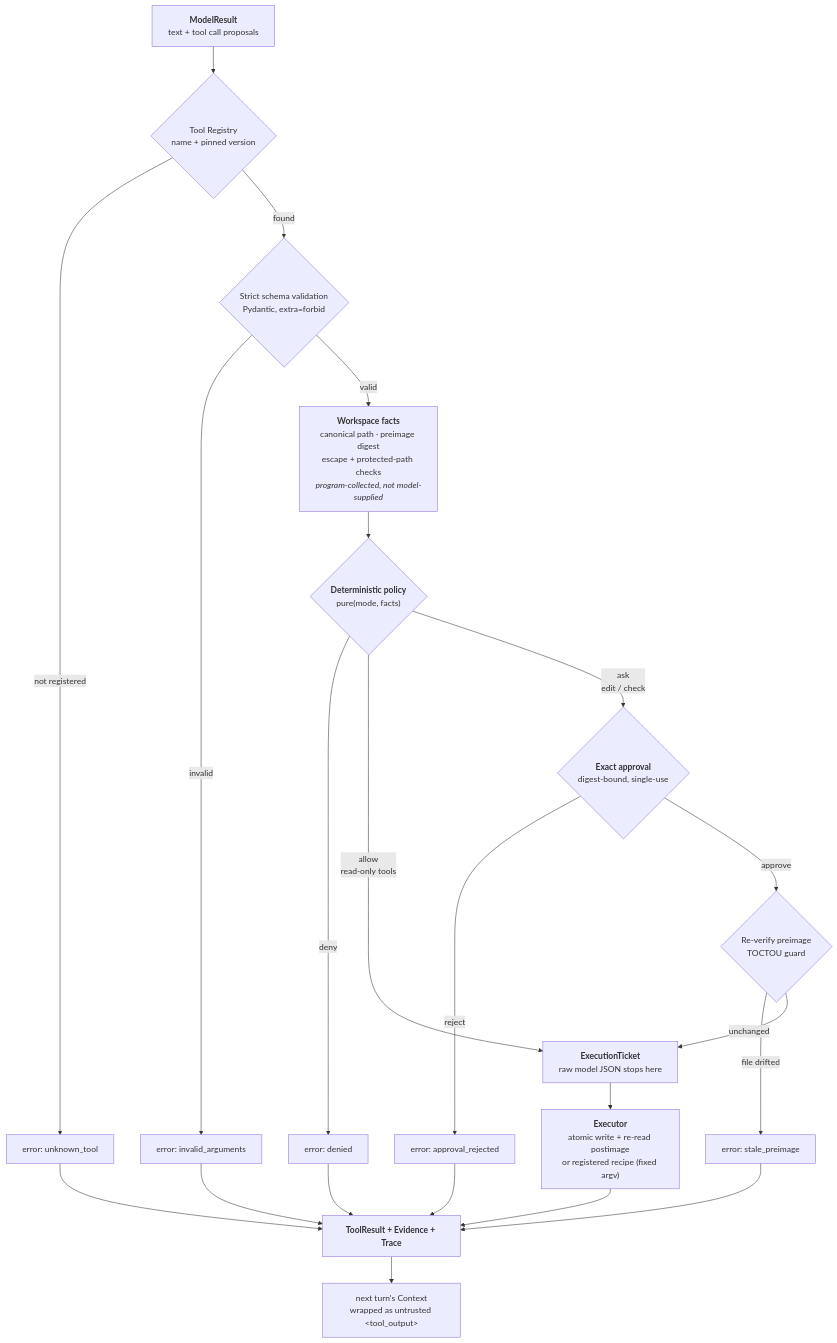
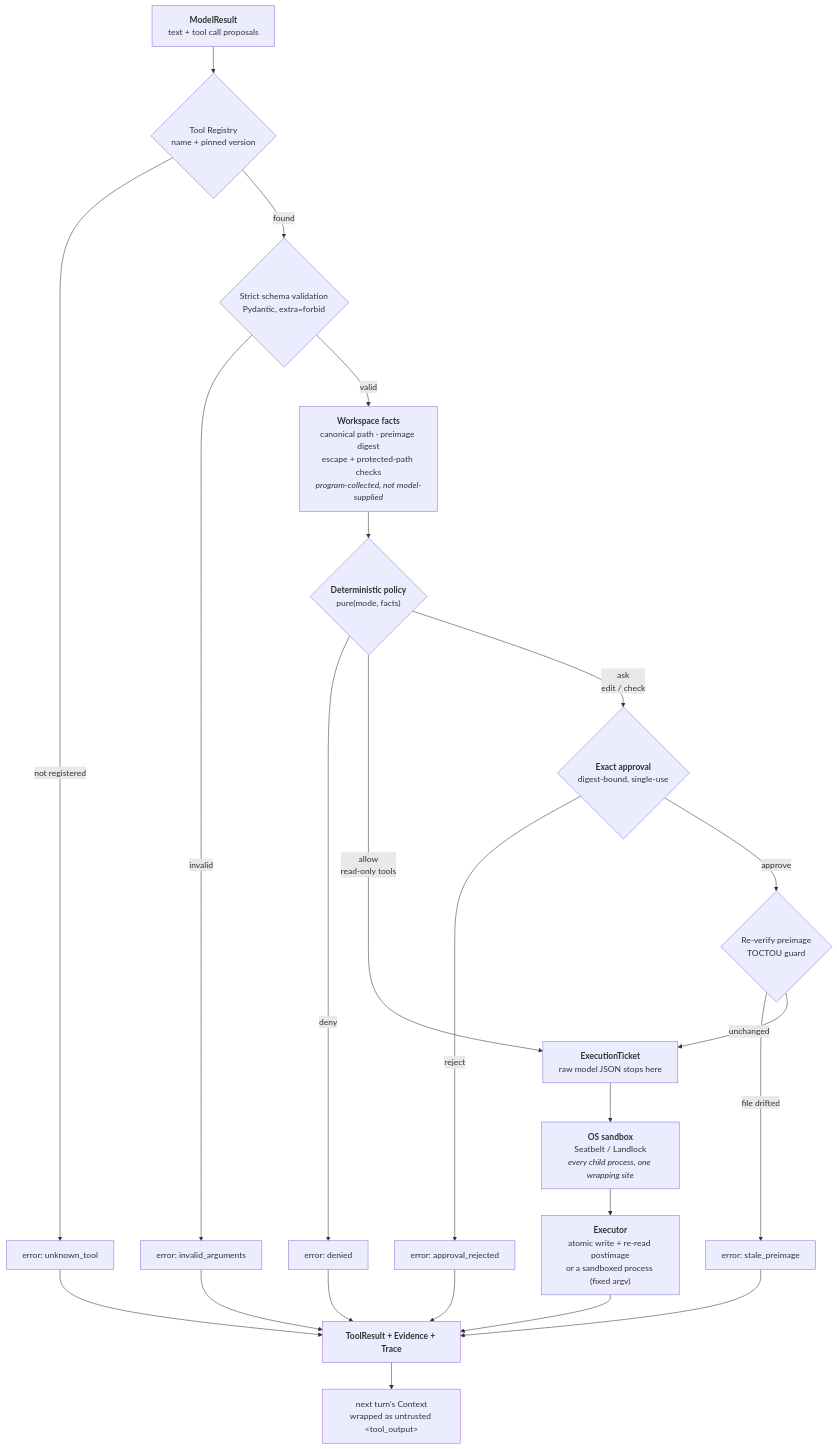
The second of 3 diagrams in docs/ARCHITECTURE.md (dyxnb22/Haven), drawn with Mermaid before and after one commit. The commit also changed other lines of this file and 5 other files, not shown here.

````diff
--- a/docs/ARCHITECTURE.md
+++ b/docs/ARCHITECTURE.md
@@ -141,24 +144,25 @@
 ```mermaid
 flowchart TD
     M["<b>ModelResult</b><br/>text + tool call proposals"] --> REG{"Tool Registry<br/>name + pinned version"}
     REG -->|not registered| E1["error: unknown_tool"]
     REG -->|found| SCH{"Strict schema validation<br/>Pydantic, extra=forbid"}
     SCH -->|invalid| E2["error: invalid_arguments"]
     SCH -->|valid| FACTS["<b>Workspace facts</b><br/>canonical path · preimage digest<br/>escape + protected-path checks<br/><i>program-collected, not model-supplied</i>"]
     FACTS --> POL{"<b>Deterministic policy</b><br/>pure(mode, facts)"}
     POL -->|deny| E3["error: denied"]
     POL -->|allow<br/>read-only tools| TICKET
     POL -->|ask<br/>edit / check| APR{"<b>Exact approval</b><br/>digest-bound, single-use"}
     APR -->|reject| E4["error: approval_rejected"]
     APR -->|approve| TOC{"Re-verify preimage<br/>TOCTOU guard"}
     TOC -->|file drifted| E5["error: stale_preimage"]
     TOC -->|unchanged| TICKET["<b>ExecutionTicket</b><br/>raw model JSON stops here"]
-    TICKET --> EXE["<b>Executor</b><br/>atomic write + re-read postimage<br/>or registered recipe (fixed argv)"]
+    TICKET --> SBX["<b>OS sandbox</b><br/>Seatbelt / Landlock<br/><i>every child process, one wrapping site</i>"]
+    SBX --> EXE["<b>Executor</b><br/>atomic write + re-read postimage<br/>or a sandboxed process (fixed argv)"]
     EXE --> OUT["<b>ToolResult + Evidence + Trace</b>"]
     E1 --> OUT
     E2 --> OUT
     E3 --> OUT
     E4 --> OUT
     E5 --> OUT
     OUT --> CTX["next turn's Context<br/>wrapped as untrusted &lt;tool_output&gt;"]
 ```
````
